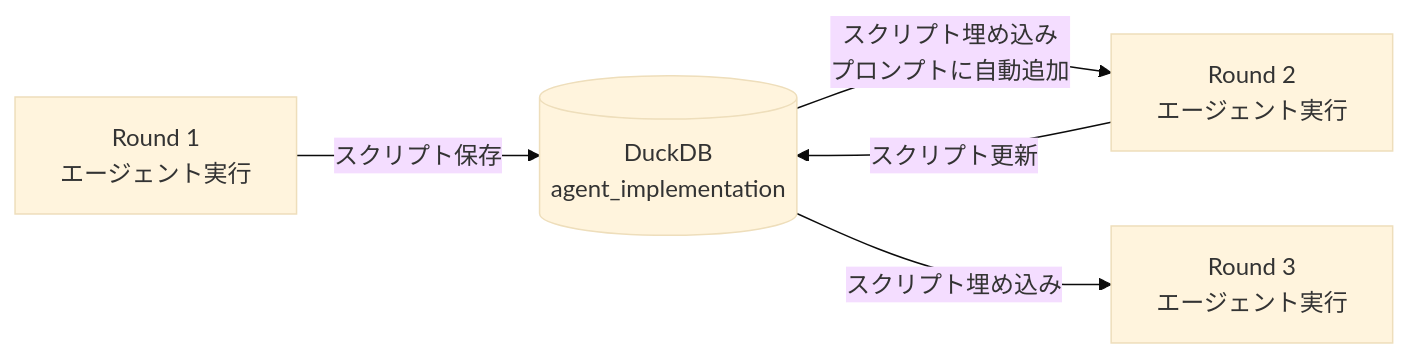
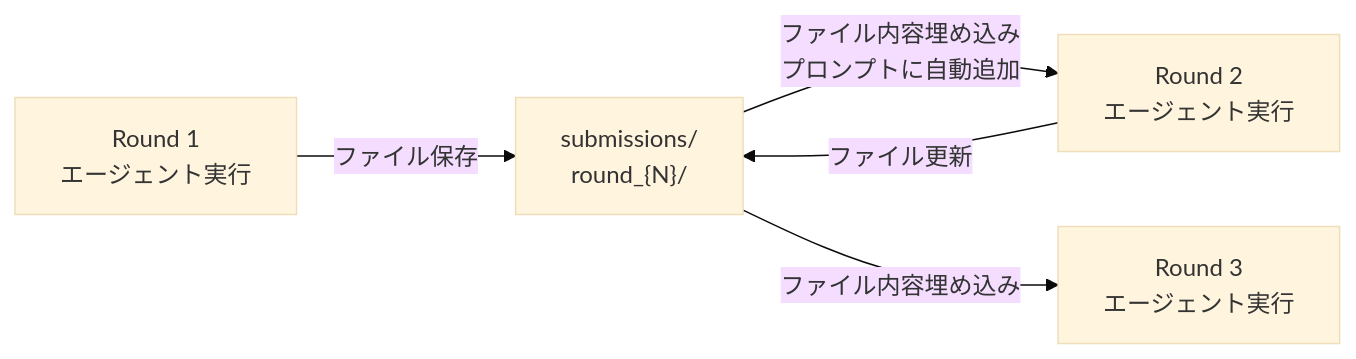
Before and after one commit to drillan/mixseek-quant-insight-plus: the third of 4 diagrams in docs/system-flow.md, drawn with Mermaid (base theme). The commit also changed other lines of this file and 7 other files, not shown here.

````diff
--- a/docs/system-flow.md
+++ b/docs/system-flow.md
@@ -166,7 +170,7 @@
 ```{mermaid}
 flowchart LR
-    R1["Round 1<br>エージェント実行"] -->|"スクリプト保存"| DB[(DuckDB<br>agent_implementation)]
-    DB -->|"スクリプト埋め込み<br>プロンプトに自動追加"| R2["Round 2<br>エージェント実行"]
-    R2 -->|"スクリプト更新"| DB
-    DB -->|"スクリプト埋め込み"| R3["Round 3<br>エージェント実行"]
+    R1["Round 1<br>エージェント実行"] -->|"ファイル保存"| FS["submissions/<br>round_{N}/"]
+    FS -->|"ファイル内容埋め込み<br>プロンプトに自動追加"| R2["Round 2<br>エージェント実行"]
+    R2 -->|"ファイル更新"| FS
+    FS -->|"ファイル内容埋め込み"| R3["Round 3<br>エージェント実行"]
 ```
````
